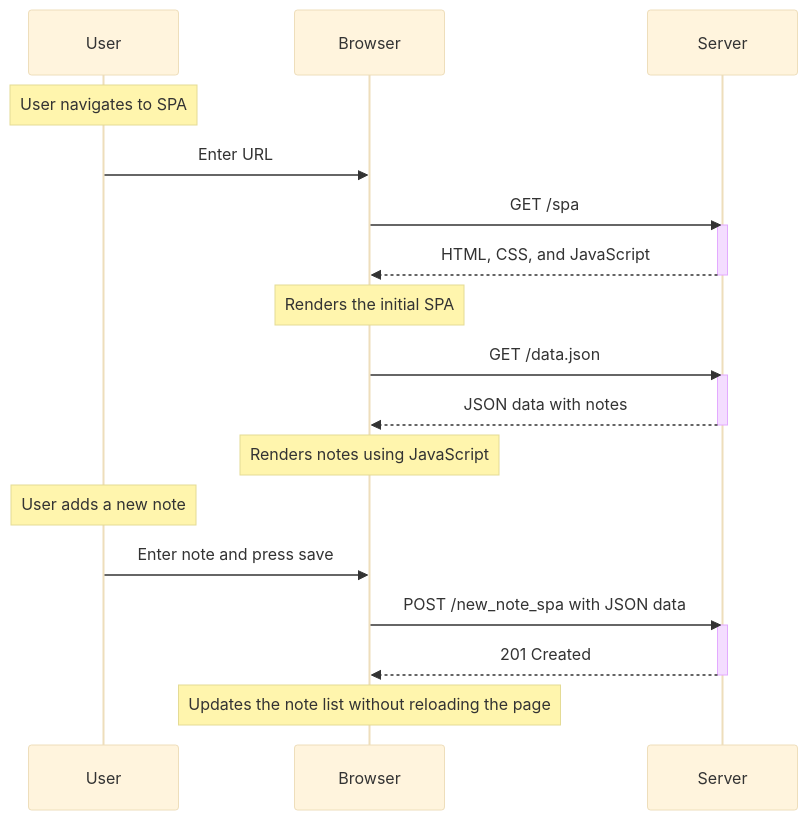
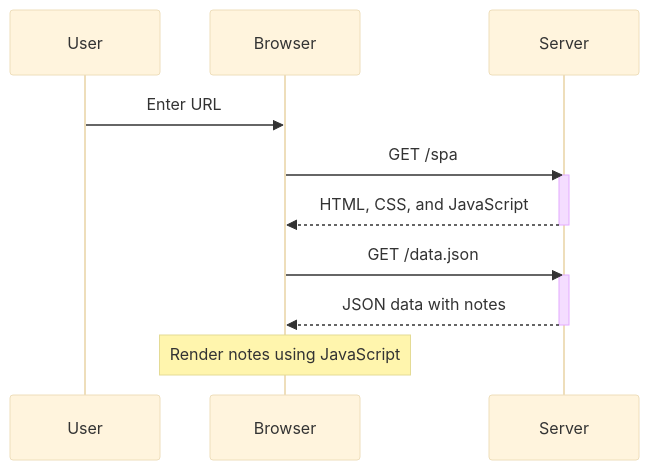
One commit to jacob-atienza/part0 changed the diagram in 0.5.MD. Above: the diagram before and after it, drawn with Mermaid (base theme).

Commit message:
Update 0.5.MD
Changed to be without adding a new note

````diff
--- a/0.5.MD
+++ b/0.5.MD
@@ -1,25 +1,16 @@
 ```mermaid
 sequenceDiagram
     participant User
     participant Browser
     participant Server
-    Note over User: User navigates to SPA
     User->>Browser: Enter URL
     Browser->>Server: GET /spa
     activate Server
     Server-->>Browser: HTML, CSS, and JavaScript
     deactivate Server
-    Note over Browser: Renders the initial SPA
     Browser->>Server: GET /data.json
     activate Server
     Server-->>Browser: JSON data with notes
     deactivate Server
-    Note over Browser: Renders notes using JavaScript
-    Note over User: User adds a new note
-    User->>Browser: Enter note and press save
-    Browser->>Server: POST /new_note_spa with JSON data
-    activate Server
-    Server-->>Browser: 201 Created
-    deactivate Server
-    Note over Browser: Updates the note list without reloading the page
+    Note over Browser: Render notes using JavaScript
 ```
````
